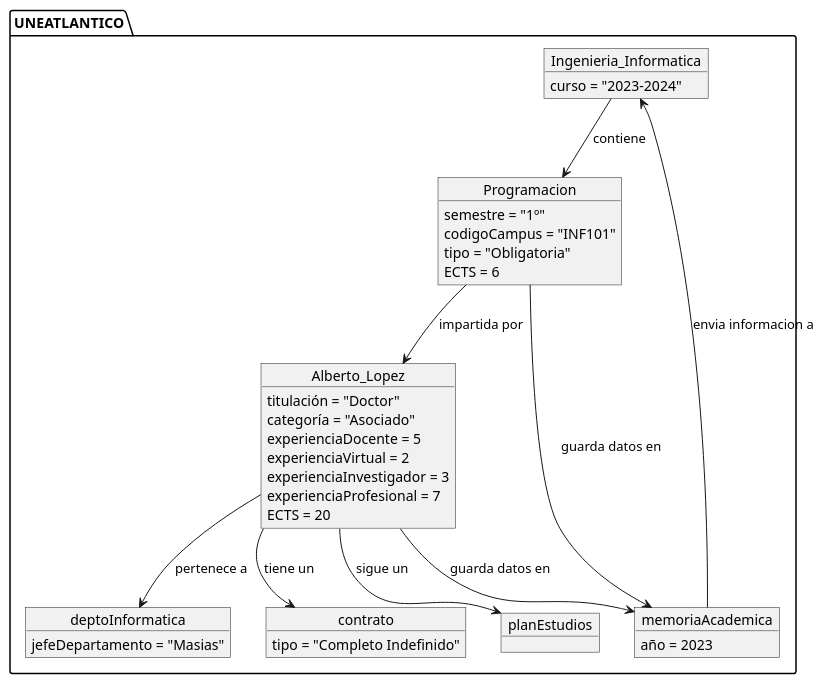
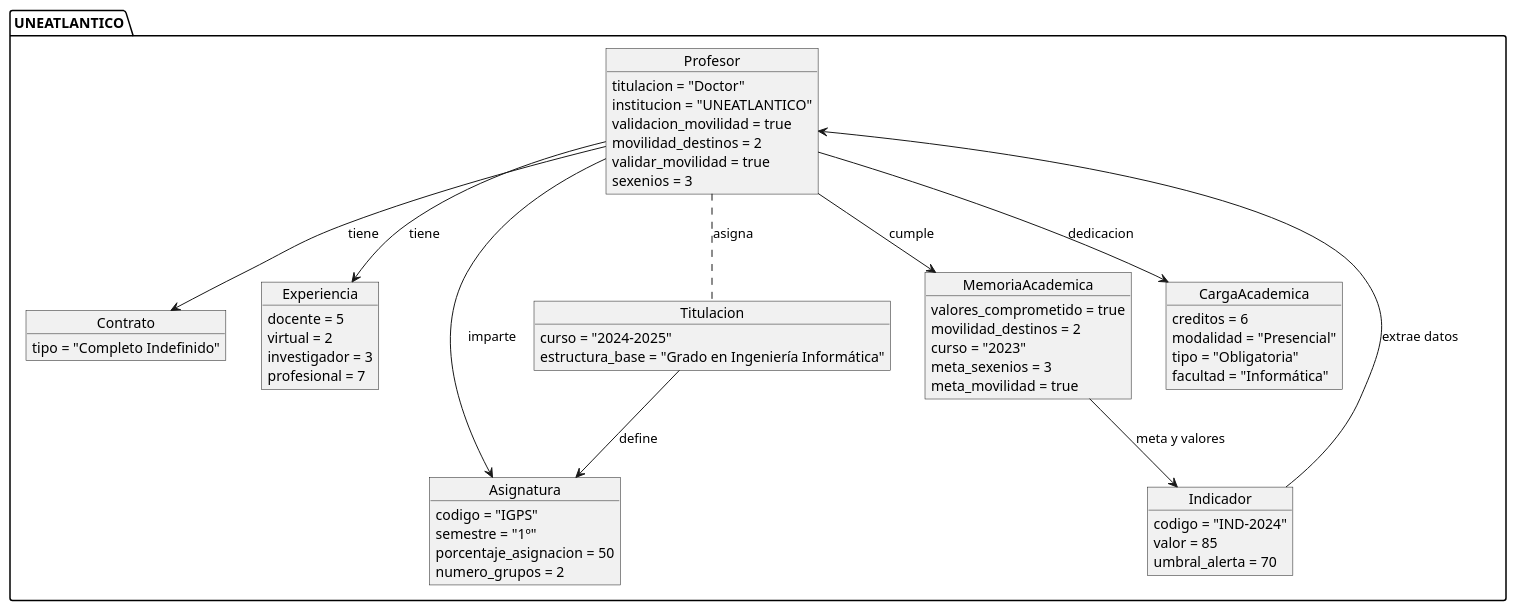
One commit to mmasias/24-25-IdSw1-SDR changed the diagram in modelosUML/MdD/diagramaDeObjetos.puml. Above: the diagram before and after it, drawn with PlantUML. The commit also changed 1 other file, not shown here.

Commit message:
Cambio DiagramaObjetos en Imagen y puml

```diff
--- a/modelosUML/MdD/diagramaDeObjetos.puml
+++ b/modelosUML/MdD/diagramaDeObjetos.puml
@@ -1,50 +1,66 @@
 @startuml
-package UNEATLANTICO {
+package "UNEATLANTICO" {
+    object Profesor {
+        titulacion = "Doctor"
+        institucion = "UNEATLANTICO"
+        validacion_movilidad = true
+        movilidad_destinos = 2
+        validar_movilidad = true
+        sexenios = 3
+    }
 
-object Ingenieria_Informatica {
-  curso = "2023-2024"
-}
+    object Contrato {
+        tipo = "Completo Indefinido"
+    }
+    
+    object Experiencia {
+        docente = 5
+        virtual = 2
+        investigador = 3
+        profesional = 7
+    }
 
-object deptoInformatica {
-  jefeDepartamento = "Masias"
-}
+    object Asignatura {
+        codigo = "IGPS"
+        semestre = "1º"
+        porcentaje_asignacion = 50
+        numero_grupos = 2
+    }
 
-object Alberto_Lopez {
-  titulación = "Doctor"
-  categoría = "Asociado"
-  experienciaDocente = 5
-  experienciaVirtual = 2
-  experienciaInvestigador = 3
-  experienciaProfesional = 7
-  ECTS = 20
-}
+    object Titulacion {
+        curso = "2024-2025"
+        estructura_base = "Grado en Ingeniería Informática"
+    }
 
-object contrato {
-  tipo = "Completo Indefinido"
-}
+    object MemoriaAcademica {
+        valores_comprometido = true
+        movilidad_destinos = 2
+        curso = "2023"
+        meta_sexenios = 3
+        meta_movilidad = true
+    }
 
-object Programacion {
-  semestre = "1º"
-  codigoCampus = "INF101"
-  tipo = "Obligatoria"
-  ECTS = 6
-}
+    object Indicador {
+        codigo = "IND-2024"
+        valor = 85
+        umbral_alerta = 70
+    }
 
-object planEstudios {
-}
+    object CargaAcademica {
+        creditos = 6
+        modalidad = "Presencial"
+        tipo = "Obligatoria"
+        facultad = "Informática"
+    }
 
-object memoriaAcademica {
-  año = 2023
-}
-
-Ingenieria_Informatica --> Programacion : contiene
-Programacion --> Alberto_Lopez : impartida por
-Alberto_Lopez --> deptoInformatica : pertenece a
-Alberto_Lopez --> contrato : tiene un
-Alberto_Lopez --> planEstudios : sigue un
-memoriaAcademica --> Ingenieria_Informatica : envia informacion a
-Programacion --> memoriaAcademica : guarda datos en
-Alberto_Lopez --> memoriaAcademica : guarda datos en
-
+    Profesor --> Contrato : tiene
+    Profesor --> Experiencia : tiene
+    Profesor --> CargaAcademica : dedicacion
+    Profesor .. Titulacion : asigna
+    Profesor --> Asignatura : imparte
+    Profesor --> MemoriaAcademica : cumple
+    MemoriaAcademica --> Indicador : meta y valores
+    Indicador --> Profesor : extrae datos
+    Titulacion --> Asignatura : define
 }
 @enduml
```
